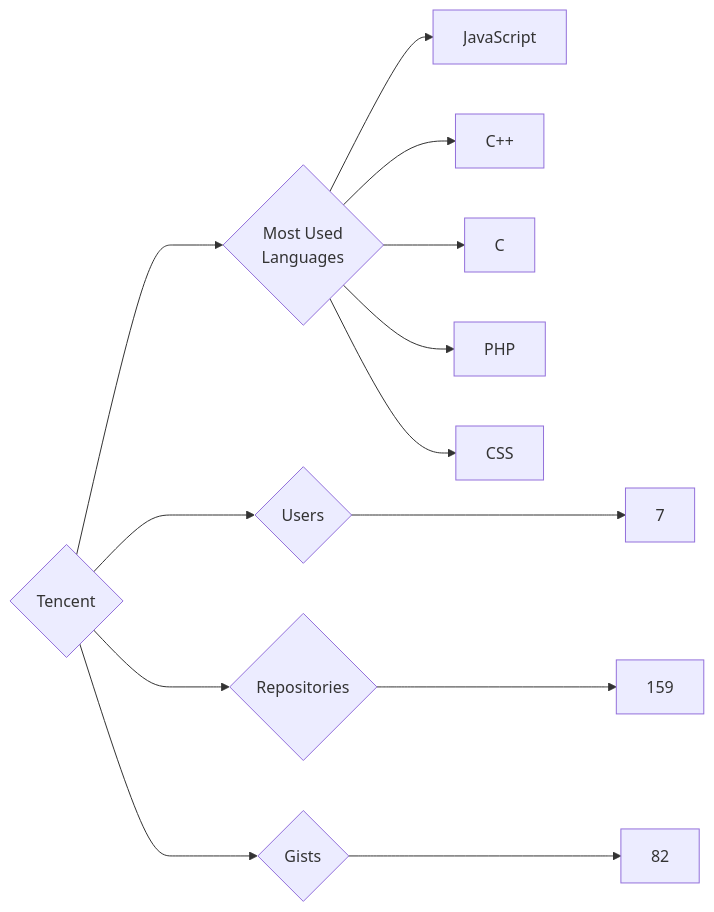
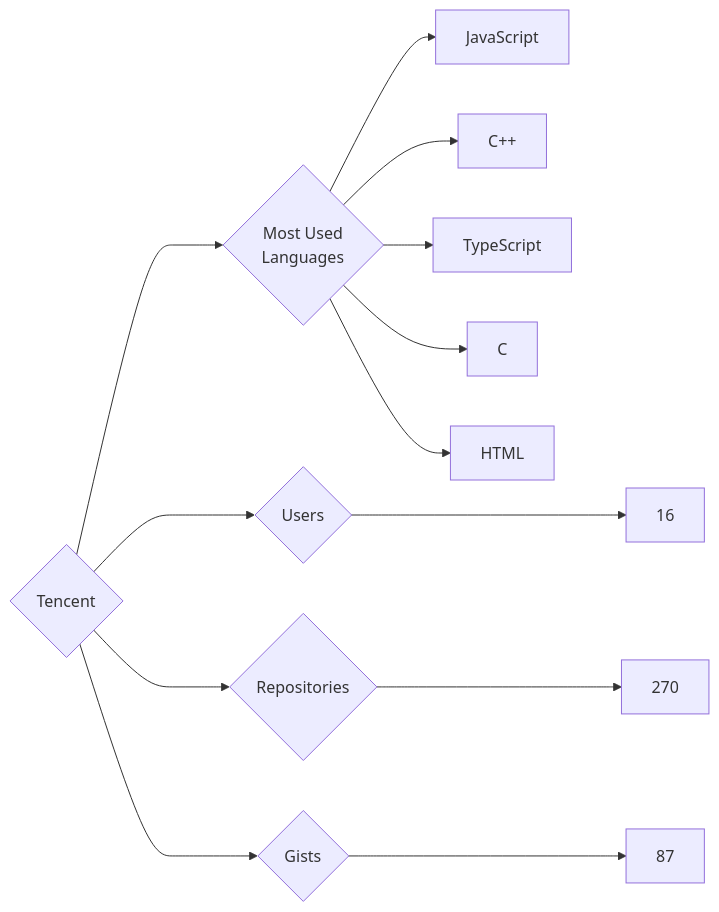
One commit to trickest/insiders changed the diagram in targets/Tencent/README.md. Above: the diagram before and after it, drawn with Mermaid. The commit also changed 797 other files, not shown here.

````diff
--- a/targets/Tencent/README.md
+++ b/targets/Tencent/README.md
@@ -3,13 +3,13 @@
 ```mermaid
 graph LR
 COMPANY_NAME{Tencent}
-COMPANY_NAME ---> U{Users} ---> UN[7]
-COMPANY_NAME ---> R{Repositories} ---> RN[159]
-COMPANY_NAME ---> G{Gists} ---> GN[82]
+COMPANY_NAME ---> U{Users} ---> UN[16]
+COMPANY_NAME ---> R{Repositories} ---> RN[270]
+COMPANY_NAME ---> G{Gists} ---> GN[87]
 COMPANY_NAME ---> ML{Most Used<br>Languages}
 ML --> JavaScript[JavaScript]
 ML --> C++[C++]
+ML --> TypeScript[TypeScript]
 ML --> C[C]
-ML --> PHP[PHP]
-ML --> CSS[CSS]
+ML --> HTML[HTML]
 ```
````
